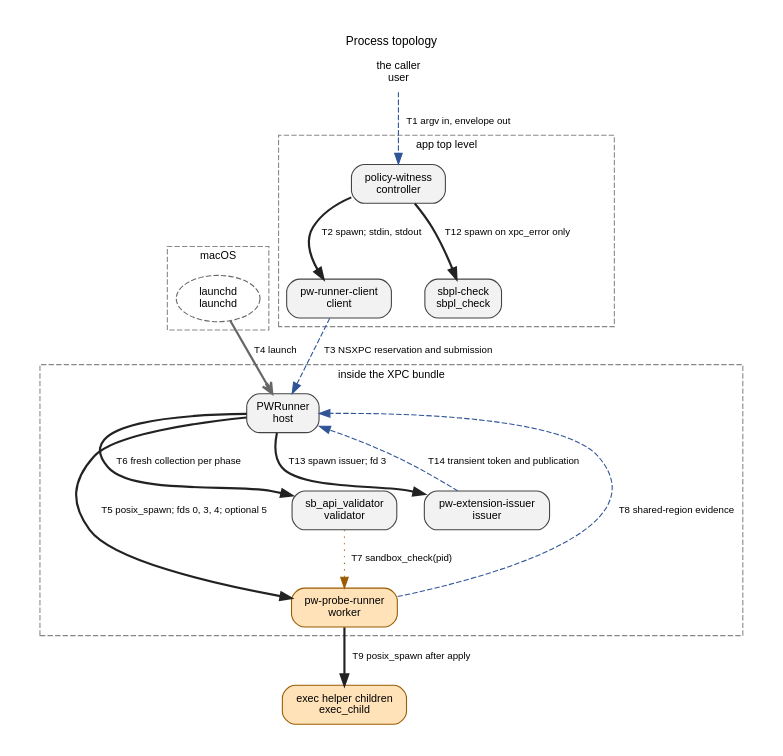
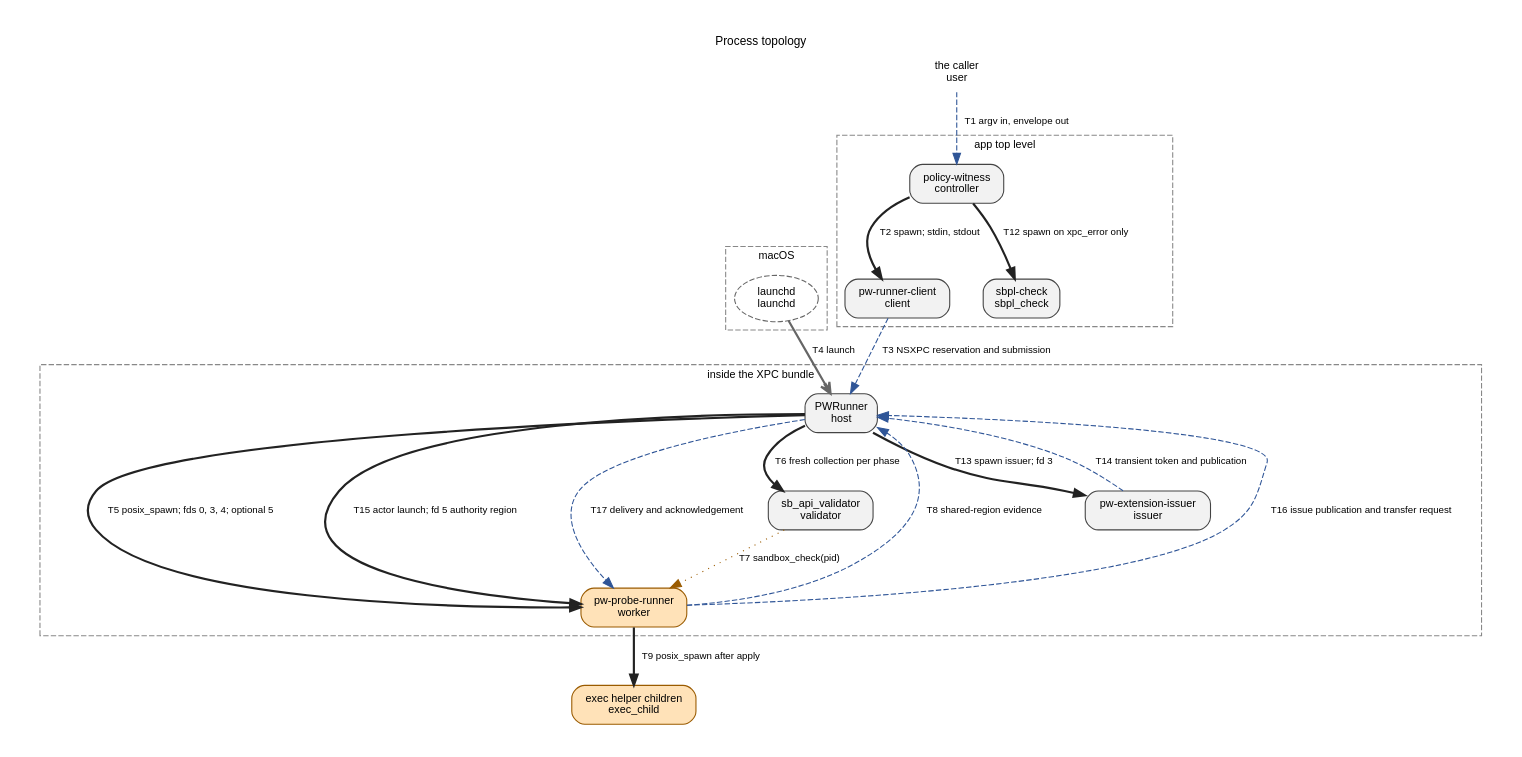
One commit to Protonk/PolicyWitness changed the diagram in docs/architecture-topology.dot. Above: the diagram before and after it, drawn with Graphviz. The commit also changed 140 other files, not shown here.

```diff
--- a/docs/architecture-topology.dot
+++ b/docs/architecture-topology.dot
@@ -1,44 +1,47 @@
 digraph topology {
     graph [rankdir=TB, bgcolor="white", fontname="Helvetica", fontsize=11, label="Process topology", labelloc=t, pad=0.3, nodesep=0.35, ranksep=0.6];
     node [fontname="Helvetica", fontsize=10];
     edge [fontname="Helvetica", fontsize=9];
     subgraph cluster_app {
         label="app top level"; style=dashed; color="#888888"; fontsize=10;
         controller;
         client;
         sbpl_check;
     }
     subgraph cluster_xpc {
         label="inside the XPC bundle"; style=dashed; color="#888888"; fontsize=10;
         host;
         worker;
         validator;
         issuer;
     }
     subgraph cluster_os {
         label="macOS"; style=dashed; color="#888888"; fontsize=10;
         launchd;
     }
     user [shape="plaintext", label="the caller\nuser", URL="ARCHITECTURE.md#process-topology-nodes", tooltip="user: the caller | a shell or a harness; owns the request file and reads the envelope "];
     controller [shape="box", style="rounded,filled", fillcolor="#f2f2f2", color="#444444", label="policy-witness\ncontroller", URL="ARCHITECTURE.md#process-topology-nodes", tooltip="controller: policy-witness | Rust; app top level; the caller; no; none; one run "];
     client [shape="box", style="rounded,filled", fillcolor="#f2f2f2", color="#444444", label="pw-runner-client\nclient", URL="ARCHITECTURE.md#process-topology-nodes", tooltip="client: pw-runner-client | Swift; app top level; the controller; no; none; one helper per request; effect-free reservation attempts and the single execution invocation share one absolute deadline "];
-    host [shape="box", style="rounded,filled", fillcolor="#f2f2f2", color="#444444", label="PWRunner\nhost", URL="ARCHITECTURE.md#process-topology-nodes", tooltip="host: PWRunner | Swift; inside the XPC bundle; launchd: XPC service lookup, or a Mach service for BYOXPC; no; none, by the invariance rule; one reservation and at most one specimen; unused reservation expiry or abandonment retires the host; terminal reply flush delay 50 milliseconds is best effort All authorized connections share one locked reservation slot. Only the connection holding its grant can consume it, before specimen decoding. Stale expiry or disconnect cannot retire an executing owner; client loss after submission never permits replay."];
-    worker [shape="box", style="rounded,filled", fillcolor="#ffe2b8", color="#9a5b00", label="pw-probe-runner\nworker", URL="ARCHITECTURE.md#process-topology-nodes", tooltip="worker: pw-probe-runner | C; inside the XPC bundle; the host; yes; applies the specimen policy to itself; sandbox_compile_string, params, sandbox_apply; sandbox_extension_consume and sandbox_extension_release; one specimen; one application and all ordered phases; terminal publication exits without host permission "];
+    host [shape="box", style="rounded,filled", fillcolor="#f2f2f2", color="#444444", label="PWRunner\nhost", URL="ARCHITECTURE.md#process-topology-nodes", tooltip="host: PWRunner | Swift; inside the XPC bundle; launchd: XPC service lookup, or a Mach service for BYOXPC; no; none, by the invariance rule; actor-form token custody copies, compares and erases bytes without a sandbox call; one reservation and at most one specimen; unused reservation expiry or abandonment retires the host; terminal reply flush delay 50 milliseconds is best effort All authorized connections share one locked reservation slot. Only the connection holding its grant can consume it, before specimen decoding. Stale expiry or disconnect cannot retire an executing owner; client loss after submission never permits replay."];
+    worker [shape="box", style="rounded,filled", fillcolor="#ffe2b8", color="#9a5b00", label="pw-probe-runner\nworker", URL="ARCHITECTURE.md#process-topology-nodes", tooltip="worker: pw-probe-runner | C; inside the XPC bundle; the host; yes; applies the specimen policy to itself; sandbox_compile_string, params, sandbox_apply; sandbox_extension_consume and sandbox_extension_release; sandbox_extension_issue_file in an actor; one specimen in the single-worker form, or one actor of an actor-form specimen; one application (none for an unapplied actor) and all of its ordered visits; parked between visits; terminal publication exits without host permission "];
     exec_child [shape="box", style="rounded,filled", fillcolor="#ffe2b8", color="#9a5b00", label="exec helper children\nexec_child", URL="ARCHITECTURE.md#process-topology-nodes", tooltip="exec_child: exec helper children | caller-supplied; the caller's path; the worker; inherit the worker's sandbox; none of PolicyWitness's; the worker bounds collection and leader reap; ordinary completion and worker death can leave same-group descendants alive; escaped descendants are not contained "];
     validator [shape="box", style="rounded,filled", fillcolor="#f2f2f2", color="#444444", label="sb_api_validator\nvalidator", URL="ARCHITECTURE.md#process-topology-nodes", tooltip="validator: sb_api_validator | C; inside the XPC bundle; the host at each eligible phase arrival; no; sandbox_check; one phase collection "];
     sbpl_check [shape="box", style="rounded,filled", fillcolor="#f2f2f2", color="#444444", label="sbpl-check\nsbpl_check", URL="ARCHITECTURE.md#process-topology-nodes", tooltip="sbpl_check: sbpl-check | Rust; app top level; the controller, only for an admitted client terminal xpc_error; no; sandbox_compile_string and params; never applies; one compile "];
     launchd [shape="ellipse", style="dashed", color="#666666", label="launchd\nlaunchd", URL="ARCHITECTURE.md#process-topology-nodes", tooltip="launchd: launchd | OS; system; no; none "];
     issuer [shape="box", style="rounded,filled", fillcolor="#f2f2f2", color="#444444", label="pw-extension-issuer\nissuer", URL="ARCHITECTURE.md#process-topology-nodes", tooltip="issuer: pw-extension-issuer | inside the XPC bundle; one declaration before worker creation; confirmed clean reap required for delivery; C; the host; outside the specimen policy; ordinary process authority; sandbox_extension_issue_file "];
     user -> controller [style="dashed", color="#2f5597", label="T1 argv in, envelope out", URL="ARCHITECTURE.md#process-topology-edges", tooltip="T1: argv in; one JSON envelope on stdout |  "];
     controller -> client [style="bold", color="#222222", label="T2 spawn; stdin, stdout", URL="ARCHITECTURE.md#process-topology-edges", tooltip="T2: spawn once; held request on stdin, read to EOF; versioned client capture on stdout |  "];
     client -> host [style="dashed", color="#2f5597", label="T3 NSXPC reservation and submission", URL="ARCHITECTURE.md#process-topology-edges", tooltip="T3: effect-free NSXPC reservation, then one runReservedSpecimen call and its reply |  "];
     launchd -> host [style="bold", color="#666666", arrowhead="vee", label="T4 launch", URL="ARCHITECTURE.md#process-topology-edges", tooltip="T4: start on XPC lookup, or as a Mach service (BYOXPC) |  "];
     host -> worker [style="bold", color="#222222", label="T5 posix_spawn; fds 0, 3, 4; optional 5", URL="ARCHITECTURE.md#process-topology-edges", tooltip="T5: posix_spawn; fd 0 policy pipe, fd 3 shared region, fd 4 ready pipe; optional fd 5 transient token channel |  Policy delivery uses nonblocking writes under one absolute monotonic deadline (the worker_policy_transfer limit) beginning after spawn. Expiry closes input and enters cleanup before readiness or sentinel polling. The pipe carries no framing: the host writes the submission's byte count into the shared header before spawn, and the worker at EOF publishes the count it read and refuses a different length before compiling."];
     host -> validator [style="bold", color="#222222", label="T6 fresh collection per phase", URL="ARCHITECTURE.md#process-topology-edges", tooltip="T6: fresh posix_spawn --batch <pid> per eligible phase; bundle-local default or explicit override; bounded NDJSON |  "];
     validator -> worker [style="dotted", color="#9a5b00", label="T7 sandbox_check(pid)", URL="ARCHITECTURE.md#process-topology-edges", tooltip="T7: sandbox_check against the worker PID, with SANDBOX_CHECK_NO_REPORT |  "];
     worker -> host [style="dashed", color="#2f5597", label="T8 shared-region evidence", URL="ARCHITECTURE.md#process-topology-edges", tooltip="T8: immutable phase arrivals, acknowledgements and completions; numbered releases before actions; separate native call markers/results and fresh-read syscall observations |  "];
     worker -> exec_child [style="bold", color="#222222", label="T9 posix_spawn after apply", URL="ARCHITECTURE.md#process-topology-edges", tooltip="T9: posix_spawn after apply; stdout and stderr pipes into bounded slot buffers |  "];
     controller -> sbpl_check [style="bold", color="#222222", label="T12 spawn on xpc_error only", URL="ARCHITECTURE.md#process-topology-edges", tooltip="T12: spawn only for an admitted client terminal xpc_error; held request in; helper envelope out |  "];
     host -> issuer [style="bold", color="#222222", label="T13 spawn issuer; fd 3", URL="ARCHITECTURE.md#process-topology-edges", tooltip="T13: fresh ordinary-authority issuer; fd 3 token mapping, stdio /dev/null, empty environment |  Issuer wait 5,000 milliseconds; cleanup may overrun. Missing capability refuses extension specimens."];
     issuer -> host [style="dashed", color="#2f5597", label="T14 transient token and publication", URL="ARCHITECTURE.md#process-topology-edges", tooltip="T14: native issuance publication and bounded transient token bytes; host owns cleanup and delivery eligibility |  Token storage 16,384 bytes; raw bytes never enter reply fields."];
+    host -> worker [style="bold", color="#222222", label="T15 actor launch; fd 5 authority region", URL="ARCHITECTURE.md#process-topology-edges", tooltip="T15: actor form: posix_spawn with an empty environment and null standard streams; fd 5 the actor's own authority region; activation ordinal and shared lifetime cutoff in the evidence header |  One region per actor, mapped by the host before launch and by that actor before application; a validator or another actor never maps it. Setup allowance 10,000 milliseconds; lifetime cutoff 180,000 milliseconds."];
+    worker -> host [style="dashed", color="#2f5597", label="T16 issue publication and transfer request", URL="ARCHITECTURE.md#process-topology-edges", tooltip="T16: outbound token publication after a nonnull native issue, and transfer requests naming the sending action; the host acknowledges custody and answers requests |  Exchange allowance 5,000 milliseconds on each side; expiry is a transport status, never a native result. The worker erases its scratch whatever the answer."];
+    host -> worker [style="dashed", color="#2f5597", label="T17 delivery and acknowledgement", URL="ARCHITECTURE.md#process-topology-edges", tooltip="T17: delivery into the recipient's assigned inbound slot; the parked recipient validates framing and acknowledges without consuming |  The host compares the recipient's accepted bytes with its custody copy before crediting delivery; custody is erased at the token's last declared transfer."];
 }
```
